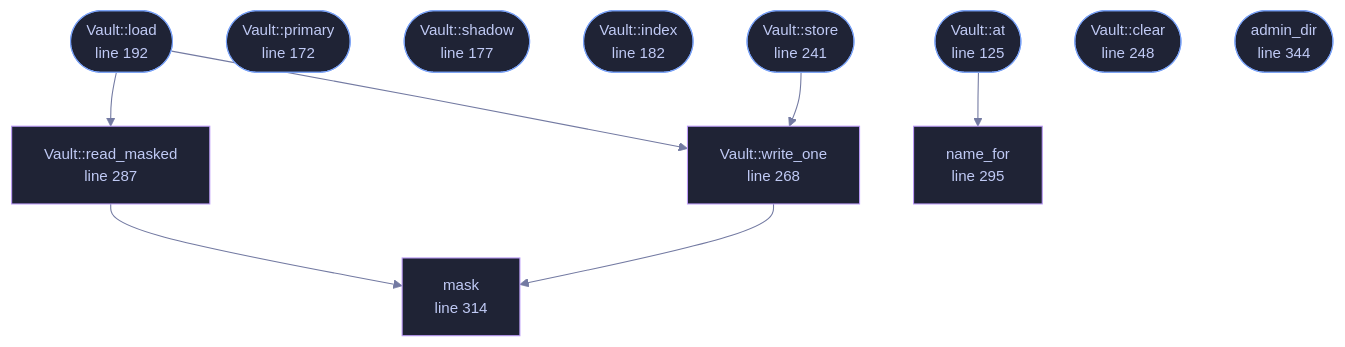
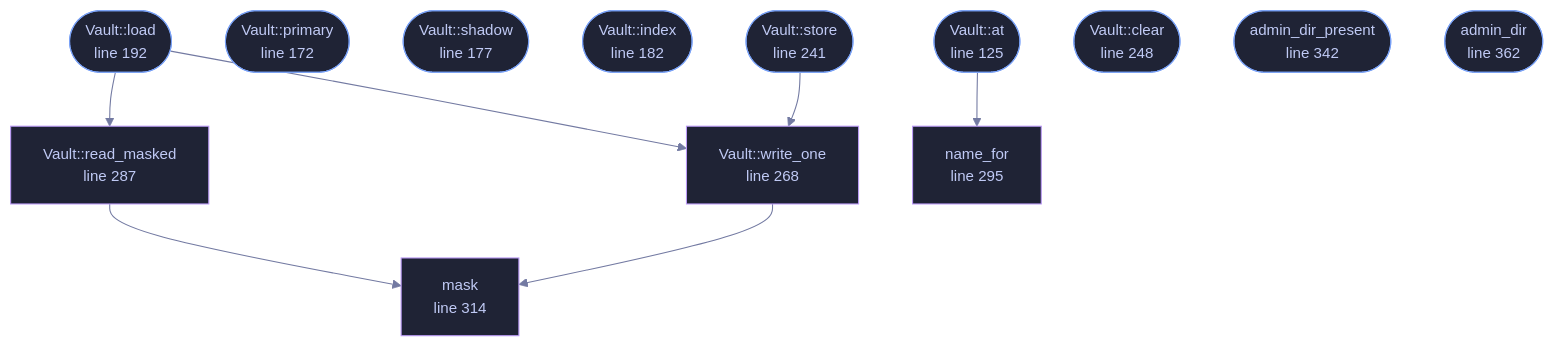
Before and after one commit to tilas01/veilvoice: the diagram in docs/files/veilvoice-crypto/vault.md, drawn with Mermaid. The commit also changed other lines of this file and 102 other files, not shown here.

````diff
--- a/docs/files/veilvoice-crypto/vault.md
+++ b/docs/files/veilvoice-crypto/vault.md
@@ -119,38 +120,40 @@
 ```mermaid
 %%{init: {"theme":"base","themeVariables":{"background":"#1a1b26","primaryColor":"#1f2335","primaryTextColor":"#c0caf5","primaryBorderColor":"#7aa2f7","secondaryColor":"#16161e","tertiaryColor":"#16161e","lineColor":"#737aa2","textColor":"#c0caf5","mainBkg":"#1f2335","nodeBorder":"#7aa2f7","clusterBkg":"#16161e","clusterBorder":"#2f3549","fontFamily":"ui-monospace, SFMono-Regular, Consolas, monospace","fontSize":"14px"}}}%%
 flowchart TD
     n_at(["Vault::at<br/>line 125"])
     n_primary(["Vault::primary<br/>line 172"])
     n_shadow(["Vault::shadow<br/>line 177"])
     n_index(["Vault::index<br/>line 182"])
     n_load(["Vault::load<br/>line 192"])
     n_store(["Vault::store<br/>line 241"])
     n_clear(["Vault::clear<br/>line 248"])
     n_write_one["Vault::write_one<br/>line 268"]
     n_read_masked["Vault::read_masked<br/>line 287"]
     n_name_for["name_for<br/>line 295"]
     n_mask["mask<br/>line 314"]
-    n_admin_dir(["admin_dir<br/>line 344"])
+    n_admin_dir_present(["admin_dir_present<br/>line 342"])
+    n_admin_dir(["admin_dir<br/>line 362"])
     n_at --> n_name_for
     n_load --> n_read_masked
     n_load --> n_write_one
     n_read_masked --> n_mask
     n_store --> n_write_one
     n_write_one --> n_mask
     click n_at href "https://github.com/tilas01/veilvoice/blob/main/crates/veilvoice-crypto/src/vault.rs#L125" "open the source"
     click n_primary href "https://github.com/tilas01/veilvoice/blob/main/crates/veilvoice-crypto/src/vault.rs#L172" "open the source"
     click n_shadow href "https://github.com/tilas01/veilvoice/blob/main/crates/veilvoice-crypto/src/vault.rs#L177" "open the source"
     click n_index href "https://github.com/tilas01/veilvoice/blob/main/crates/veilvoice-crypto/src/vault.rs#L182" "open the source"
     click n_load href "https://github.com/tilas01/veilvoice/blob/main/crates/veilvoice-crypto/src/vault.rs#L192" "open the source"
     click n_store href "https://github.com/tilas01/veilvoice/blob/main/crates/veilvoice-crypto/src/vault.rs#L241" "open the source"
     click n_clear href "https://github.com/tilas01/veilvoice/blob/main/crates/veilvoice-crypto/src/vault.rs#L248" "open the source"
     click n_write_one href "https://github.com/tilas01/veilvoice/blob/main/crates/veilvoice-crypto/src/vault.rs#L268" "open the source"
     click n_read_masked href "https://github.com/tilas01/veilvoice/blob/main/crates/veilvoice-crypto/src/vault.rs#L287" "open the source"
     click n_name_for href "https://github.com/tilas01/veilvoice/blob/main/crates/veilvoice-crypto/src/vault.rs#L295" "open the source"
     click n_mask href "https://github.com/tilas01/veilvoice/blob/main/crates/veilvoice-crypto/src/vault.rs#L314" "open the source"
-    click n_admin_dir href "https://github.com/tilas01/veilvoice/blob/main/crates/veilvoice-crypto/src/vault.rs#L344" "open the source"
+    click n_admin_dir_present href "https://github.com/tilas01/veilvoice/blob/main/crates/veilvoice-crypto/src/vault.rs#L342" "open the source"
+    click n_admin_dir href "https://github.com/tilas01/veilvoice/blob/main/crates/veilvoice-crypto/src/vault.rs#L362" "open the source"
     classDef entry fill:#1f2335,stroke:#7aa2f7,color:#c0caf5
-    class n_at,n_primary,n_shadow,n_index,n_load,n_store,n_clear,n_admin_dir entry
+    class n_at,n_primary,n_shadow,n_index,n_load,n_store,n_clear,n_admin_dir_present,n_admin_dir entry
     classDef helper fill:#1f2335,stroke:#bb9af7,color:#c0caf5
     class n_write_one,n_read_masked,n_name_for,n_mask helper
 ```
````
